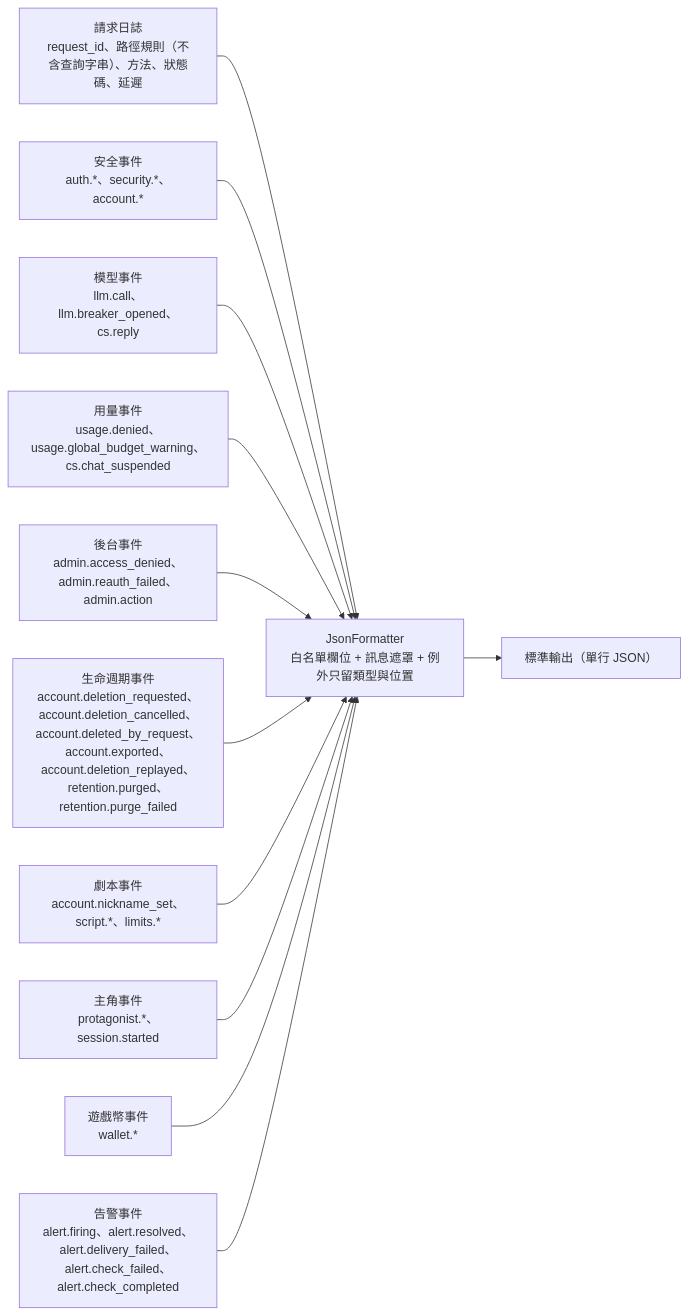
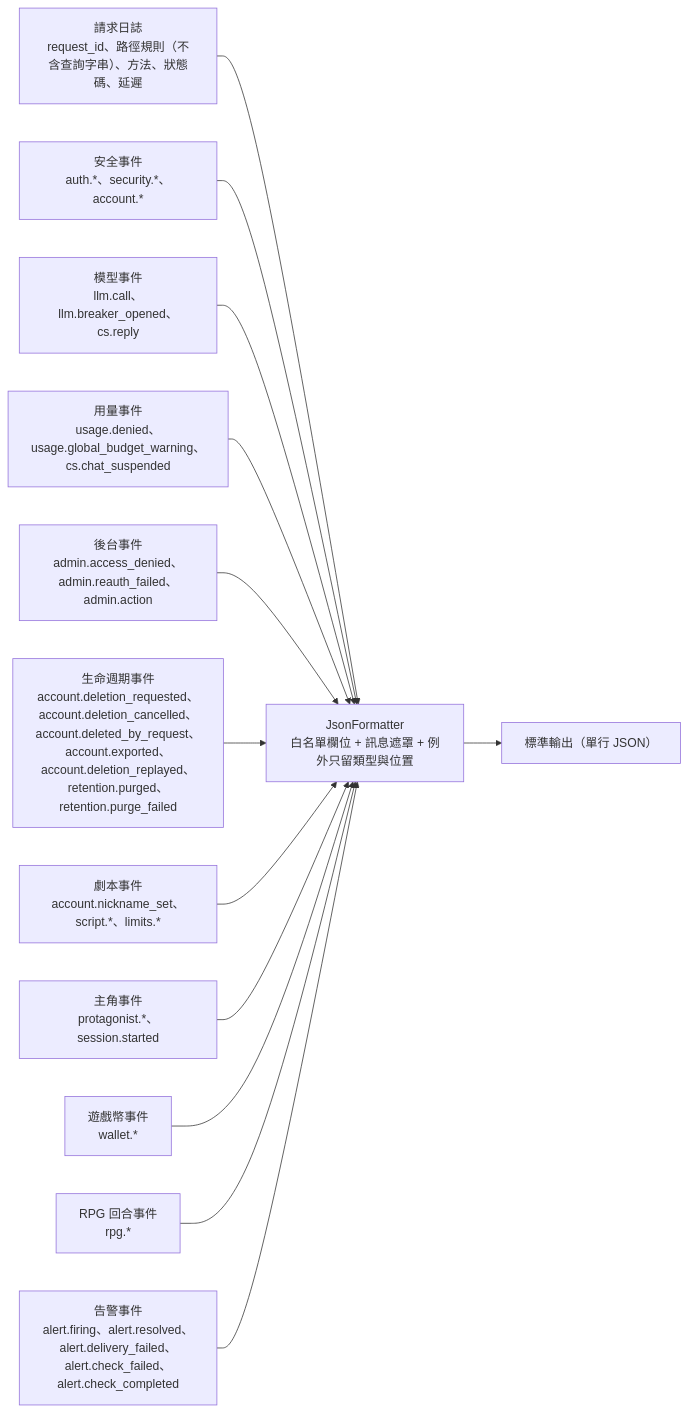
Before and after one commit to pp466pp466/R.A.C: the fifth of 6 diagrams in docs/營運與部署-operations.md, drawn with Mermaid. The commit also changed other lines of this file and 15 other files, not shown here.

````diff
--- a/docs/營運與部署-operations.md
+++ b/docs/營運與部署-operations.md
@@ -182,14 +184,15 @@
 ```mermaid
 flowchart LR
     Req["請求日誌<br/>request_id、路徑規則（不含查詢字串）、方法、狀態碼、延遲"] --> Fmt
     Sec["安全事件<br/>auth.*、security.*、account.*"] --> Fmt
     Llm["模型事件<br/>llm.call、llm.breaker_opened、cs.reply"] --> Fmt
     Use["用量事件<br/>usage.denied、usage.global_budget_warning、cs.chat_suspended"] --> Fmt
     Adm["後台事件<br/>admin.access_denied、admin.reauth_failed、admin.action"] --> Fmt
     Lif["生命週期事件<br/>account.deletion_requested、account.deletion_cancelled、account.deleted_by_request、account.exported、account.deletion_replayed、retention.purged、retention.purge_failed"] --> Fmt
     Scr["劇本事件<br/>account.nickname_set、script.*、limits.*"] --> Fmt
     Pro["主角事件<br/>protagonist.*、session.started"] --> Fmt
     Wal["遊戲幣事件<br/>wallet.*"] --> Fmt
+    Rpg["RPG 回合事件<br/>rpg.*"] --> Fmt
     Alr["告警事件<br/>alert.firing、alert.resolved、alert.delivery_failed、alert.check_failed、alert.check_completed"] --> Fmt
     Fmt["JsonFormatter<br/>白名單欄位 + 訊息遮罩 + 例外只留類型與位置"] --> Out["標準輸出（單行 JSON）"]
 ```
````
